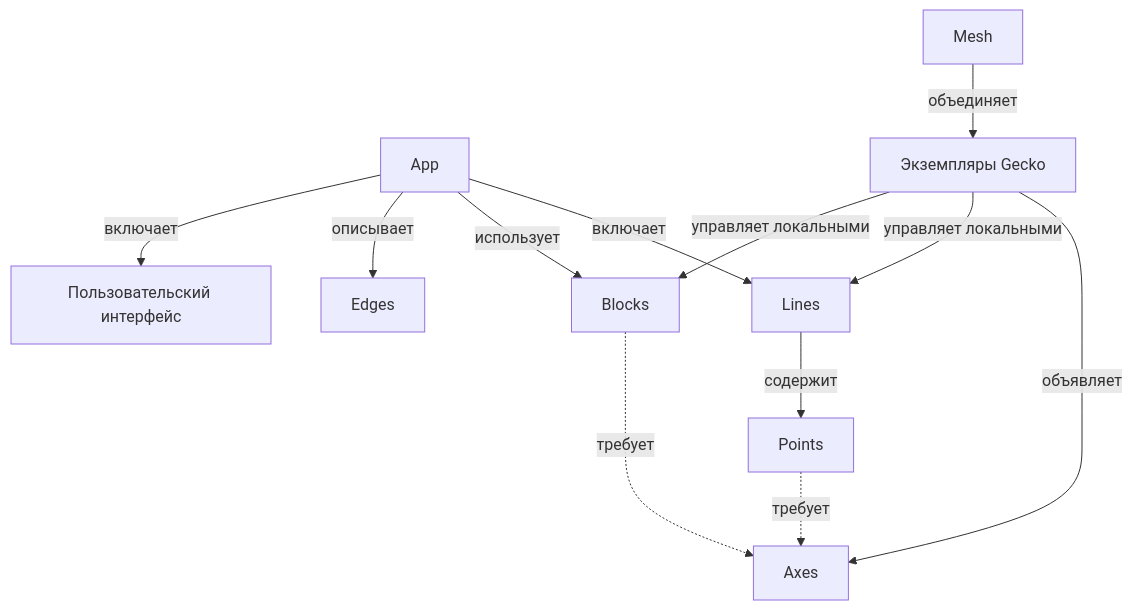
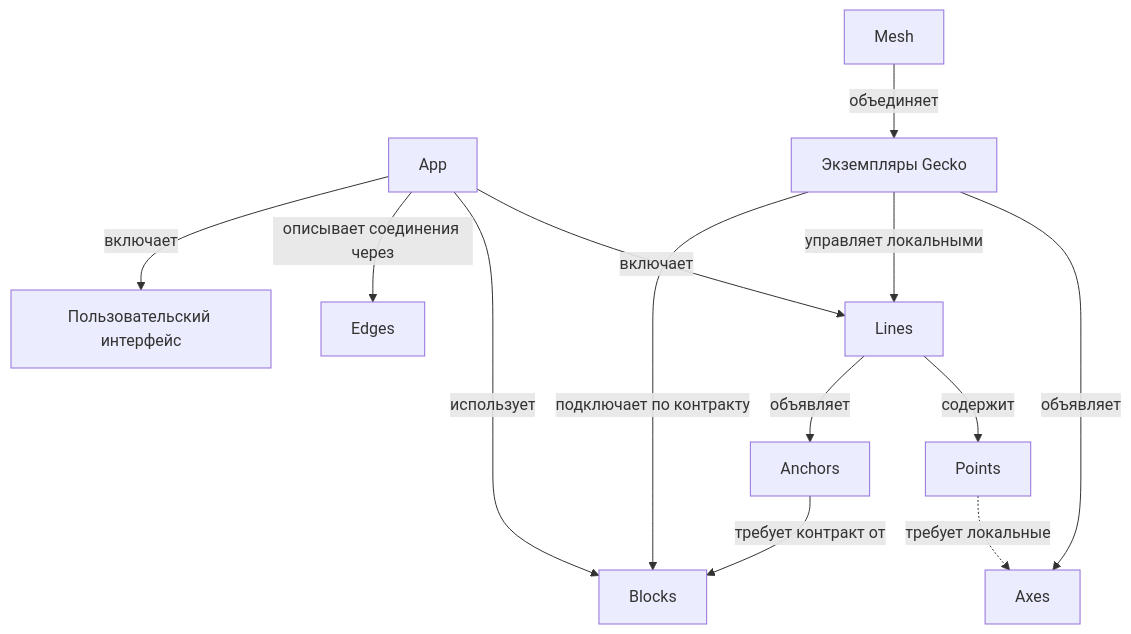
One commit to jfultr/gecko-core changed the diagram in docs/concepts.ru.md. Above: the diagram before and after it, drawn with Mermaid. The commit also changed other lines of this file and 1 other file, not shown here.

Commit message:
docs: define service contracts and Anchor dependencies

````diff
--- a/docs/concepts.ru.md
+++ b/docs/concepts.ru.md
@@ -49,14 +49,15 @@
 ```mermaid
 flowchart TB
     App[App] -->|включает| Line[Lines]
     App -->|использует| Block[Blocks]
-    App -->|описывает| Edge[Edges]
+    App -->|описывает соединения через| Edge[Edges]
     App -->|включает| UI[Пользовательский интерфейс]
     Line -->|содержит| Point[Points]
+    Line -->|объявляет| Anchor[Anchors]
+    Anchor -->|требует контракт от| Block
     Mesh[Mesh] -->|объединяет| Gecko[Экземпляры Gecko]
     Gecko -->|объявляет| Axis[Axes]
     Gecko -->|управляет локальными| Line
-    Gecko -->|управляет локальными| Block
-    Point -.->|требует| Axis
-    Block -.->|требует| Axis
+    Gecko -->|подключает по контракту| Block
+    Point -.->|требует локальные| Axis
 ```
````
